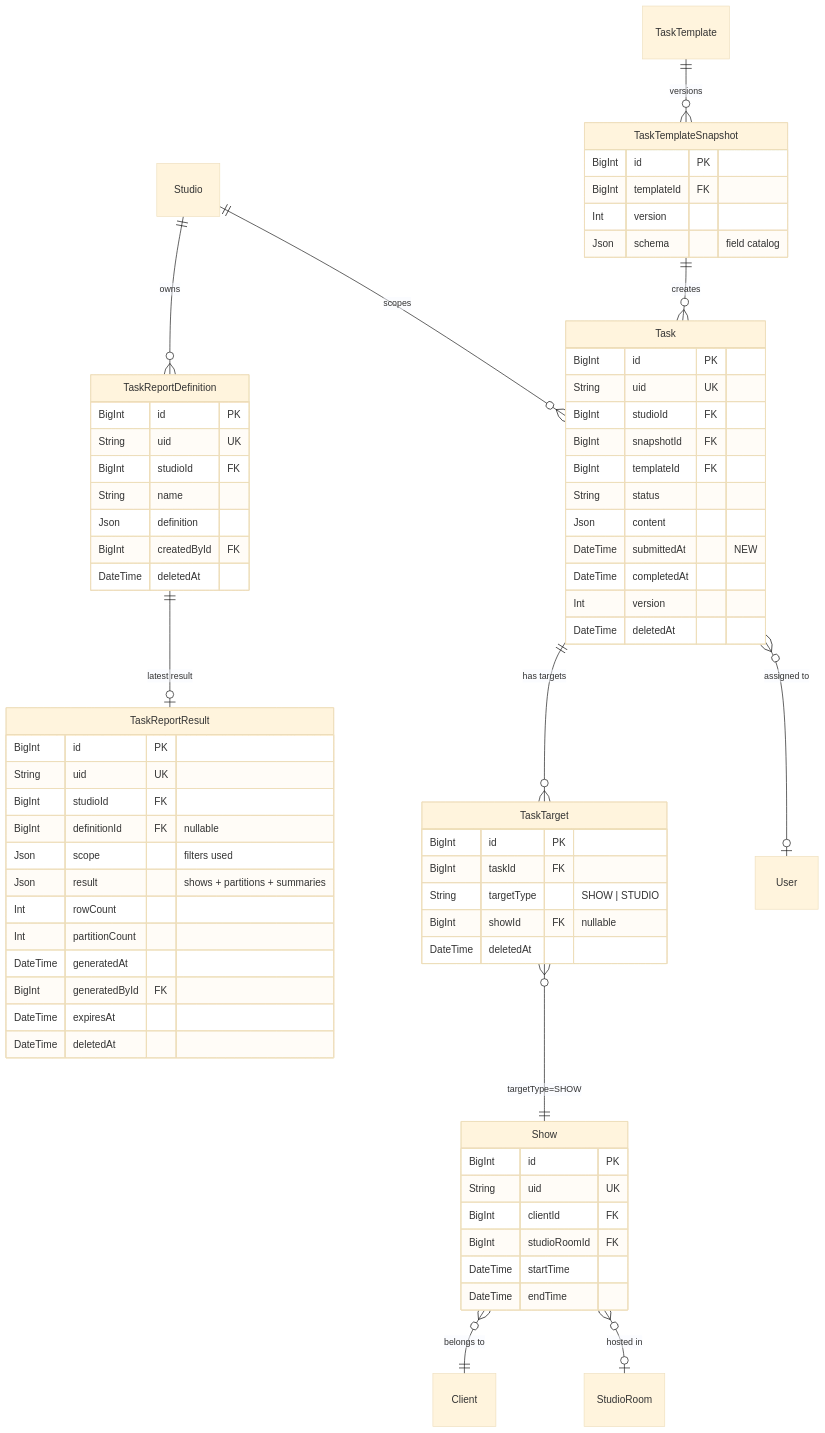
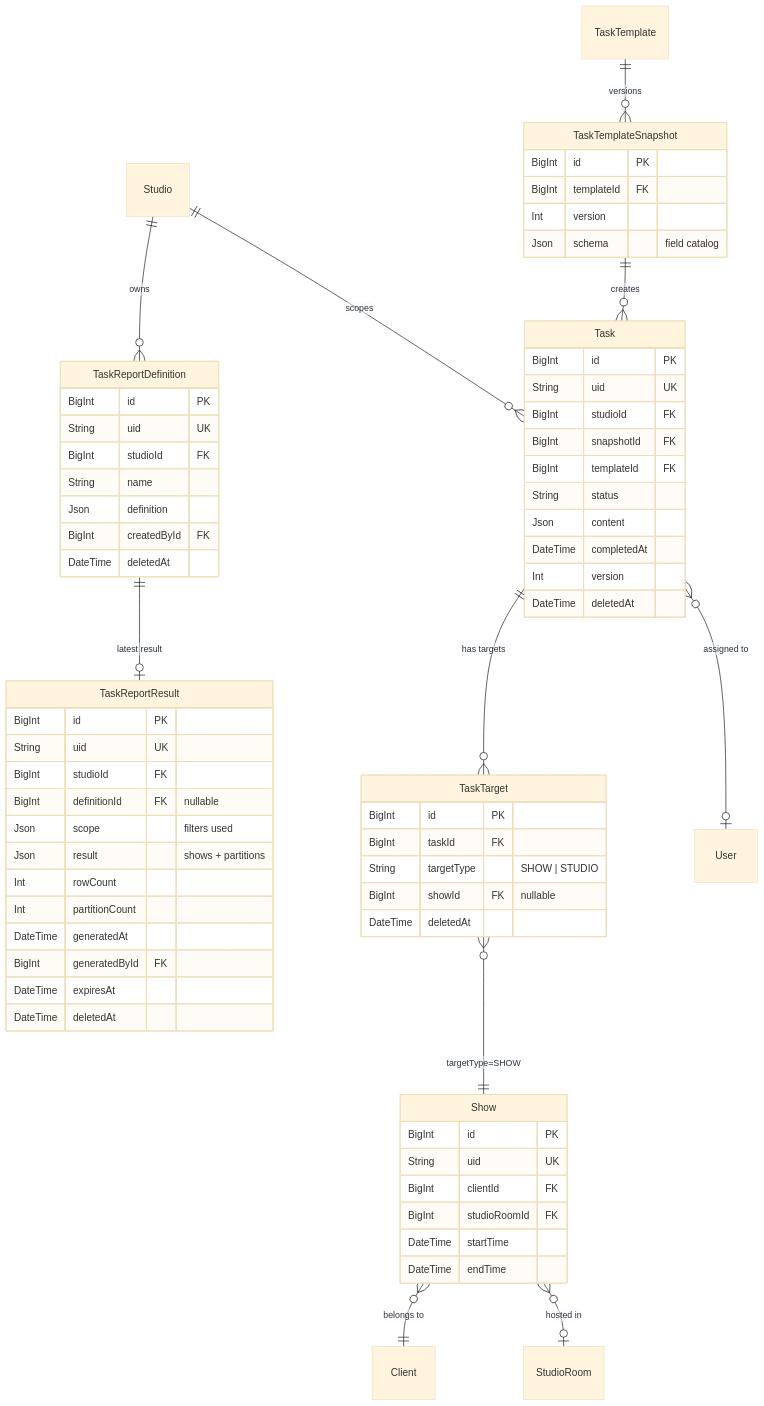
Before and after one commit to allenlin90/eridu-services: the first of 4 diagrams in apps/erify_api/docs/design/TASK_SUBMISSION_REPORTING_DESIGN.md, drawn with Mermaid (base theme). The commit also changed other lines of this file and 2 other files, not shown here.

````diff
--- a/apps/erify_api/docs/design/TASK_SUBMISSION_REPORTING_DESIGN.md
+++ b/apps/erify_api/docs/design/TASK_SUBMISSION_REPORTING_DESIGN.md
@@ -184,76 +196,75 @@
 ```mermaid
 erDiagram
     Studio ||--o{ Task : "scopes"
     Studio ||--o{ TaskReportDefinition : "owns"
     TaskReportDefinition ||--o| TaskReportResult : "latest result"
     TaskTemplate ||--o{ TaskTemplateSnapshot : "versions"
     TaskTemplateSnapshot ||--o{ Task : "creates"
     Task ||--o{ TaskTarget : "has targets"
     TaskTarget }o--|| Show : "targetType=SHOW"
     Show }o--|| Client : "belongs to"
     Show }o--o| StudioRoom : "hosted in"
     Task }o--o| User : "assigned to"
 
     Task {
         BigInt id PK
         String uid UK
         BigInt studioId FK
         BigInt snapshotId FK
         BigInt templateId FK
         String status
         Json content
-        DateTime submittedAt "NEW"
         DateTime completedAt
         Int version
         DateTime deletedAt
     }
 
     TaskTarget {
         BigInt id PK
         BigInt taskId FK
         String targetType "SHOW | STUDIO"
         BigInt showId FK "nullable"
         DateTime deletedAt
     }
 
     TaskReportDefinition {
         BigInt id PK
         String uid UK
         BigInt studioId FK
         String name
         Json definition
         BigInt createdById FK
         DateTime deletedAt
     }
 
     TaskReportResult {
         BigInt id PK
         String uid UK
         BigInt studioId FK
         BigInt definitionId FK "nullable"
         Json scope "filters used"
-        Json result "shows + partitions + summaries"
+        Json result "shows + partitions"
         Int rowCount
         Int partitionCount
         DateTime generatedAt
         BigInt generatedById FK
         DateTime expiresAt
         DateTime deletedAt
     }
 
     TaskTemplateSnapshot {
         BigInt id PK
         BigInt templateId FK
         Int version
         Json schema "field catalog"
     }
 
     Show {
         BigInt id PK
         String uid UK
         BigInt clientId FK
         BigInt studioRoomId FK
         DateTime startTime
         DateTime endTime
     }
 ```
````
